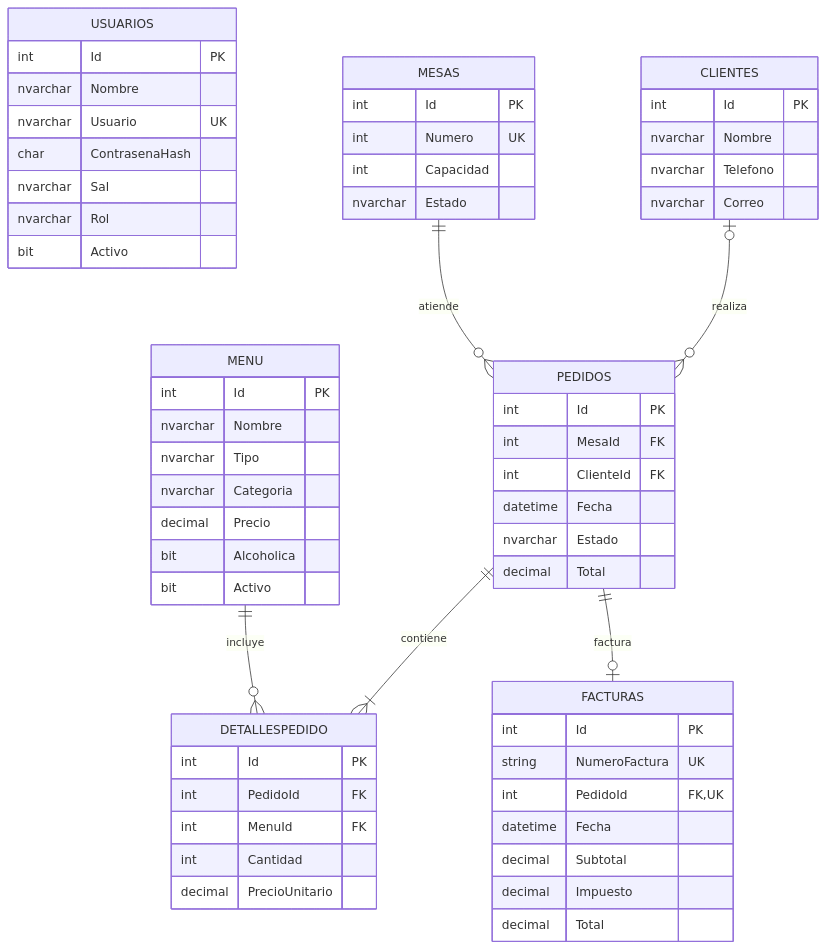
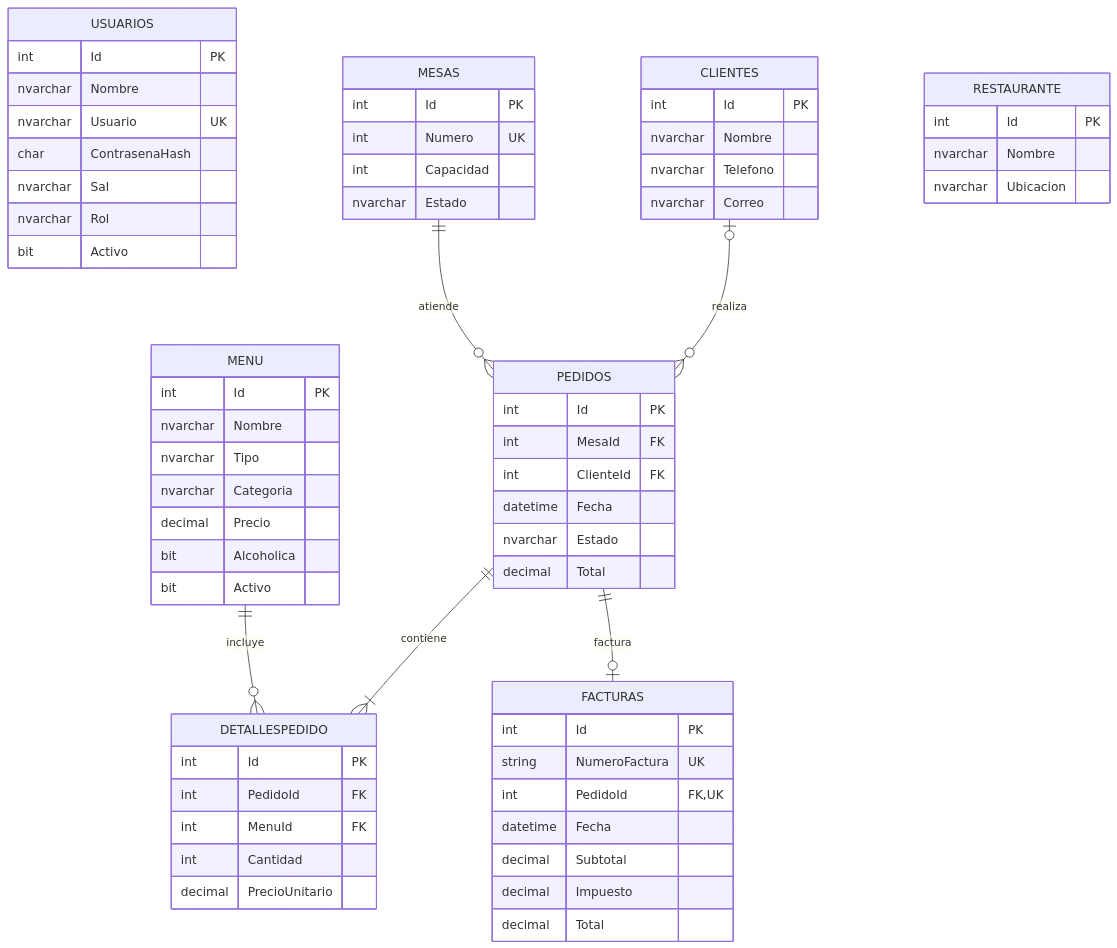
The diagram in restaurante2/Diagramas/DiagramaBaseDatos.mmd (ivanc-93/restaurante), drawn with Mermaid before and after one commit. The commit also changed 4 other files, not shown here.

```diff
--- a/restaurante2/Diagramas/DiagramaBaseDatos.mmd
+++ b/restaurante2/Diagramas/DiagramaBaseDatos.mmd
@@ -1,60 +1,65 @@
 erDiagram
     USUARIOS {
         int Id PK
         nvarchar Nombre
         nvarchar Usuario UK
         char ContrasenaHash
         nvarchar Sal
         nvarchar Rol
         bit Activo
     }
     MESAS {
         int Id PK
         int Numero UK
         int Capacidad
         nvarchar Estado
     }
     MENU {
         int Id PK
         nvarchar Nombre
         nvarchar Tipo
         nvarchar Categoria
         decimal Precio
         bit Alcoholica
         bit Activo
     }
     CLIENTES {
         int Id PK
         nvarchar Nombre
         nvarchar Telefono
         nvarchar Correo
     }
     PEDIDOS {
         int Id PK
         int MesaId FK
         int ClienteId FK
         datetime Fecha
         nvarchar Estado
         decimal Total
     }
     DETALLESPEDIDO {
         int Id PK
         int PedidoId FK
         int MenuId FK
         int Cantidad
         decimal PrecioUnitario
     }
     FACTURAS {
         int Id PK
         string NumeroFactura UK
         int PedidoId FK,UK
         datetime Fecha
         decimal Subtotal
         decimal Impuesto
         decimal Total
     }
     MESAS ||--o{ PEDIDOS : atiende
     CLIENTES o|--o{ PEDIDOS : realiza
     PEDIDOS ||--|{ DETALLESPEDIDO : contiene
     MENU ||--o{ DETALLESPEDIDO : incluye
     PEDIDOS ||--o| FACTURAS : factura
+    RESTAURANTE {
+        int Id PK
+        nvarchar Nombre
+        nvarchar Ubicacion
+    }
```
